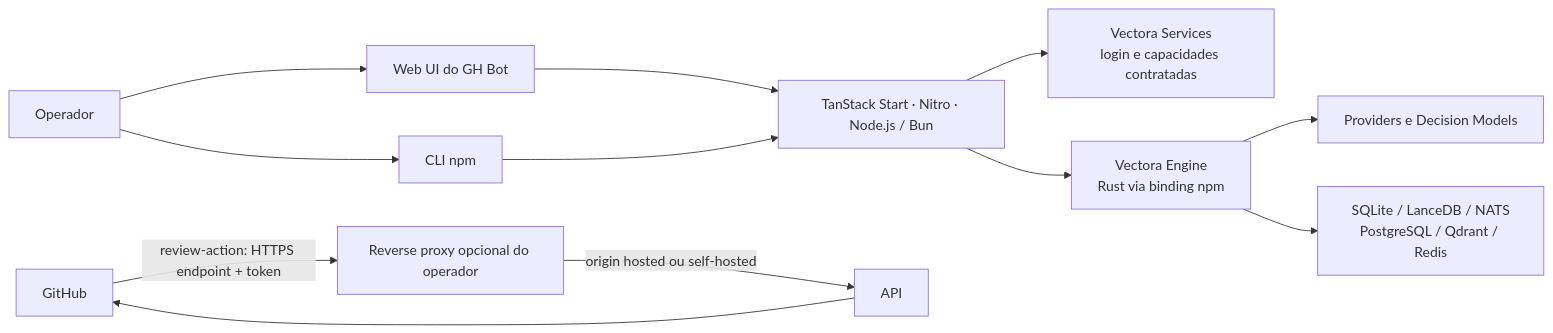
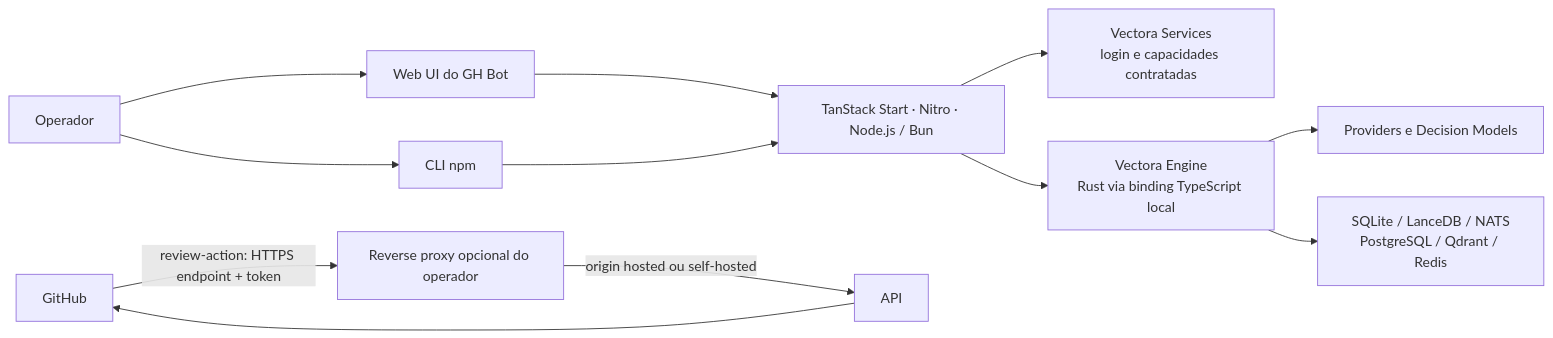
One commit to vectora-company/gh-bot changed the diagram in docs/architecture.md. Above: the diagram before and after it, drawn with Mermaid. The commit also changed other lines of this file and 22 other files, not shown here.

Commit message:
feat: integrar GH Bot à Engine local (#4)

````diff
--- a/docs/architecture.md
+++ b/docs/architecture.md
@@ -5,14 +5,14 @@
 ```mermaid
 flowchart LR
   Operator[Operador] --> UI[Web UI do GH Bot]
   Operator --> CLI[CLI npm]
   UI --> App[TanStack Start · Nitro · Node.js / Bun]
   CLI --> App
   App --> Services[Vectora Services<br/>login e capacidades contratadas]
-  App --> Engine[Vectora Engine<br/>Rust via binding npm]
+  App --> Engine[Vectora Engine<br/>Rust via binding TypeScript local]
   Engine --> Providers[Providers e Decision Models]
   Engine --> Stores[SQLite / LanceDB / NATS<br/>PostgreSQL / Qdrant / Redis]
   GitHub[GitHub] -->|review-action: HTTPS endpoint + token| Proxy[Reverse proxy opcional do operador]
   Proxy -->|origin hosted ou self-hosted| API
   API --> GitHub
 ```
````
